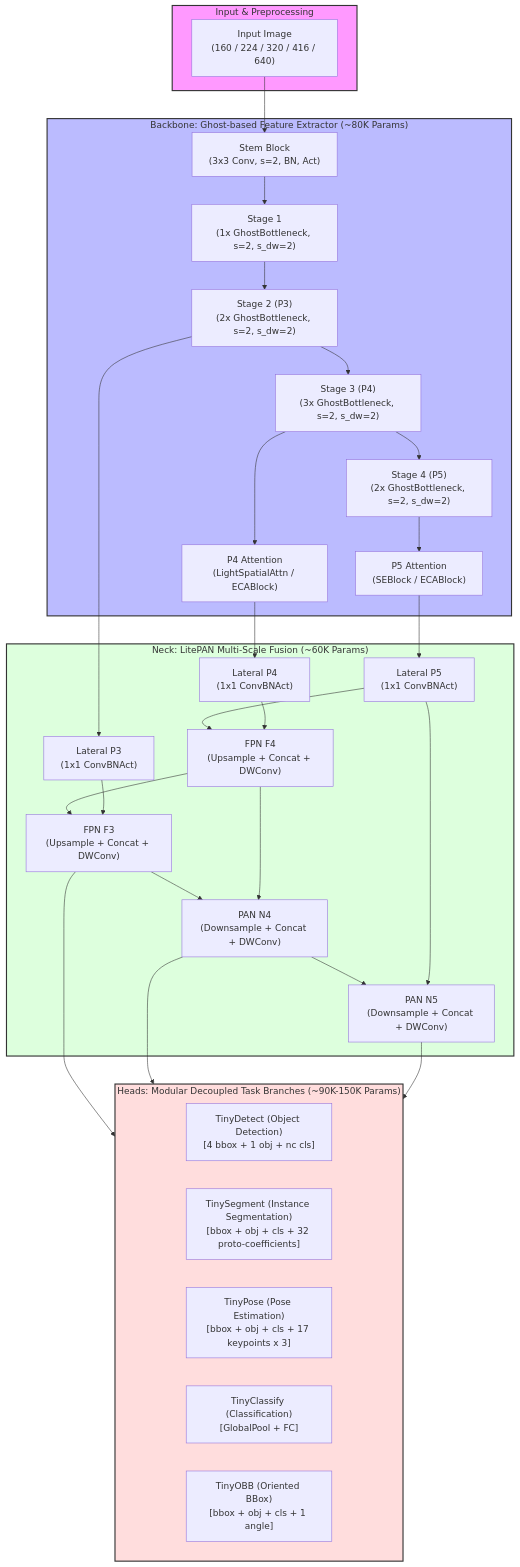
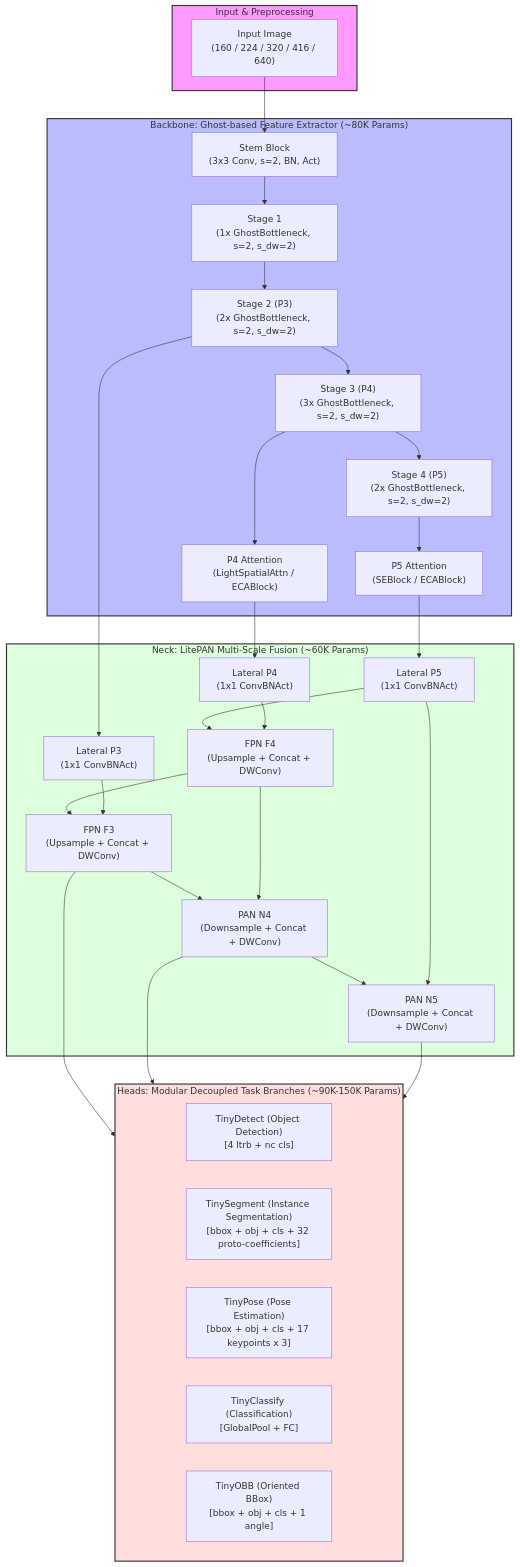
Before and after one commit to ShMazumder/tinyYOLO: the first of 4 diagrams in report.md, drawn with Mermaid. The commit also changed 4 other files, not shown here.

````diff
--- a/report.md
+++ b/report.md
@@ -120,66 +120,66 @@
 ```mermaid
 flowchart TD
     subgraph Input ["Input & Preprocessing"]
         I["Input Image<br/>(160 / 224 / 320 / 416 / 640)"]
     end
 
     subgraph Backbone ["Backbone: Ghost-based Feature Extractor (~80K Params)"]
         Stem["Stem Block<br/>(3x3 Conv, s=2, BN, Act)"]
         S1["Stage 1<br/>(1x GhostBottleneck, s=2, s_dw=2)"]
         S2["Stage 2 (P3)<br/>(2x GhostBottleneck, s=2, s_dw=2)"]
         S3["Stage 3 (P4)<br/>(3x GhostBottleneck, s=2, s_dw=2)"]
         S4["Stage 4 (P5)<br/>(2x GhostBottleneck, s=2, s_dw=2)"]
         
         Attn4["P4 Attention<br/>(LightSpatialAttn / ECABlock)"]
         Attn5["P5 Attention<br/>(SEBlock / ECABlock)"]
     end
 
     subgraph Neck ["Neck: LitePAN Multi-Scale Fusion (~60K Params)"]
         L3["Lateral P3<br/>(1x1 ConvBNAct)"]
         L4["Lateral P4<br/>(1x1 ConvBNAct)"]
         L5["Lateral P5<br/>(1x1 ConvBNAct)"]
         
         F4["FPN F4<br/>(Upsample + Concat + DWConv)"]
         F3["FPN F3<br/>(Upsample + Concat + DWConv)"]
         
         N4["PAN N4<br/>(Downsample + Concat + DWConv)"]
         N5["PAN N5<br/>(Downsample + Concat + DWConv)"]
     end
 
     subgraph Head ["Heads: Modular Decoupled Task Branches (~90K-150K Params)"]
-        TinyDetect["TinyDetect (Object Detection)<br/>[4 bbox + 1 obj + nc cls]"]
+        TinyDetect["TinyDetect (Object Detection)<br/>[4 ltrb + nc cls]"]
         TinySegment["TinySegment (Instance Segmentation)<br/>[bbox + obj + cls + 32 proto-coefficients]"]
         TinyPose["TinyPose (Pose Estimation)<br/>[bbox + obj + cls + 17 keypoints x 3]"]
         TinyClassify["TinyClassify (Classification)<br/>[GlobalPool + FC]"]
         TinyOBB["TinyOBB (Oriented BBox)<br/>[bbox + obj + cls + 1 angle]"]
     end
 
     I --> Stem
     Stem --> S1
     S1 --> S2
     S2 --> S3
     S3 --> S4
     
     S2 --> L3
     S3 --> Attn4 --> L4
     S4 --> Attn5 --> L5
 
     L5 --> F4
     L4 --> F4
     F4 --> F3
     L3 --> F3
     
     F3 --> N4
     F4 --> N4
     N4 --> N5
     L5 --> N5
 
     F3 --> Head
     N4 --> Head
     N5 --> Head
 
     style Input fill:#f9f,stroke:#333,stroke-width:2px
     style Backbone fill:#bbf,stroke:#333,stroke-width:2px
     style Neck fill:#dfd,stroke:#333,stroke-width:2px
     style Head fill:#fdd,stroke:#333,stroke-width:2px
 ```
````
